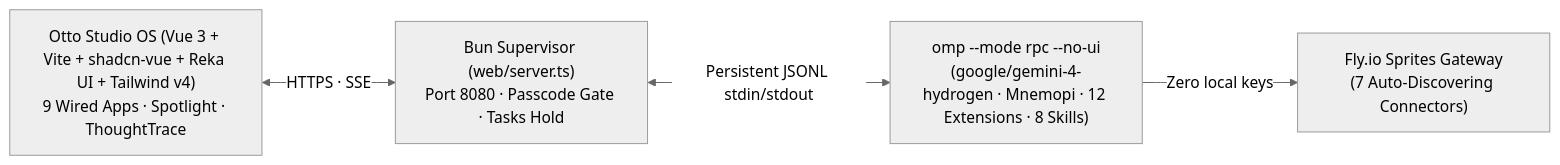
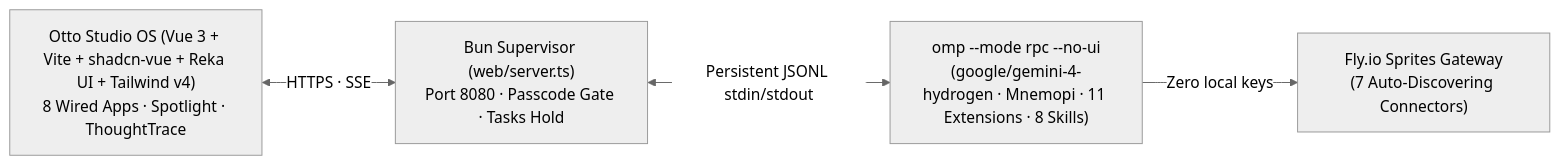
One commit to roffidaijoubu/otto changed the first of 5 diagrams in docs/architecture.md. Above: the diagram before and after it, drawn with Mermaid (neutral theme). The commit also changed other lines of this file and 30 other files, not shown here.

````diff
--- a/docs/architecture.md
+++ b/docs/architecture.md
@@ -13,6 +13,6 @@
 ```mermaid
 flowchart LR
-    B["Otto Studio OS (Vue 3 + Vite + shadcn-vue + Reka UI + Tailwind v4)<br/>9 Wired Apps · Spotlight · ThoughtTrace"] <-->|"HTTPS · SSE"| S["Bun Supervisor (web/server.ts)<br/>Port 8080 · Passcode Gate · Tasks Hold"]
-    S <-->|"Persistent JSONL stdin/stdout"| O["omp --mode rpc --no-ui<br/>(google/gemini-4-hydrogen · Mnemopi · 12 Extensions · 8 Skills)"]
+    B["Otto Studio OS (Vue 3 + Vite + shadcn-vue + Reka UI + Tailwind v4)<br/>8 Wired Apps · Spotlight · ThoughtTrace"] <-->|"HTTPS · SSE"| S["Bun Supervisor (web/server.ts)<br/>Port 8080 · Passcode Gate · Tasks Hold"]
+    S <-->|"Persistent JSONL stdin/stdout"| O["omp --mode rpc --no-ui<br/>(google/gemini-4-hydrogen · Mnemopi · 11 Extensions · 8 Skills)"]
     O -->|"Zero local keys"| G["Fly.io Sprites Gateway<br/>(7 Auto-Discovering Connectors)"]
 ```
````
